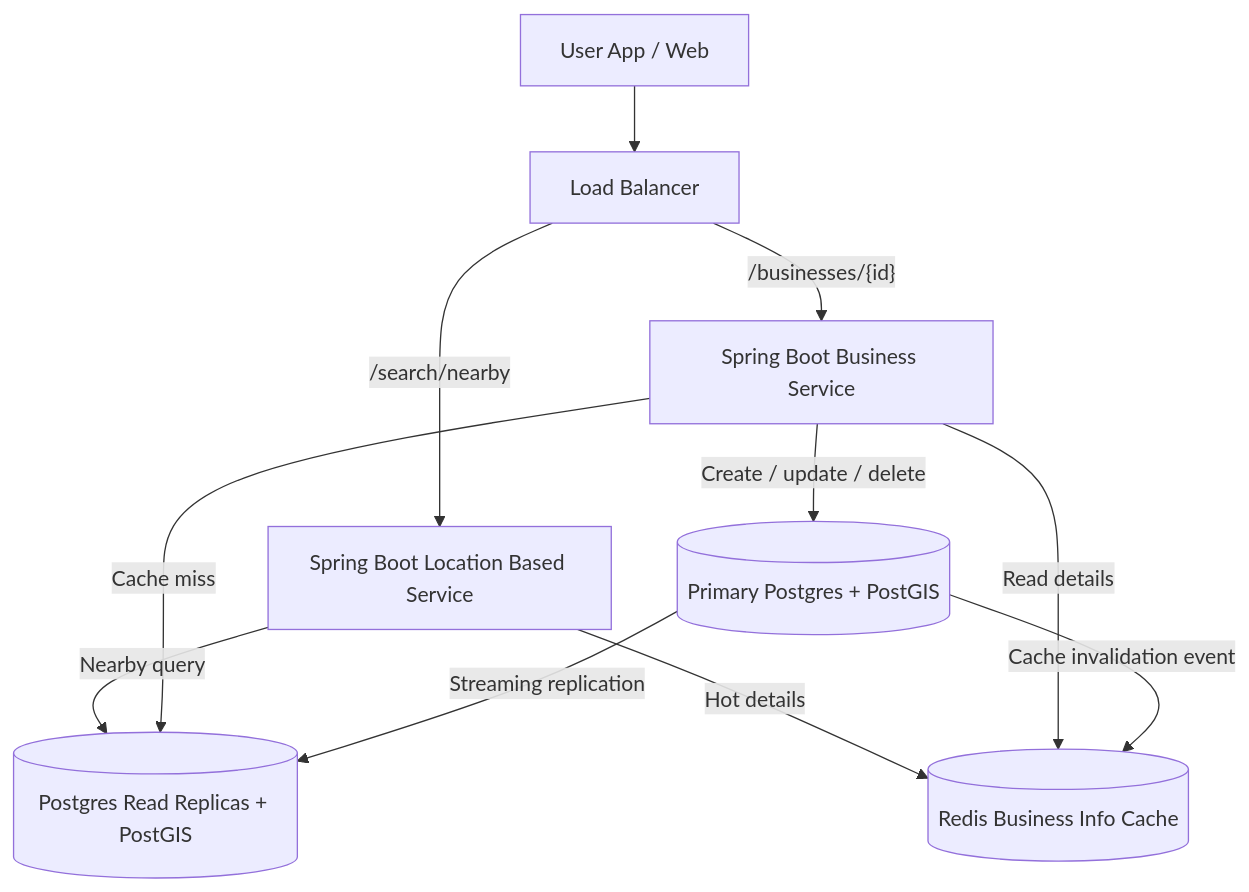
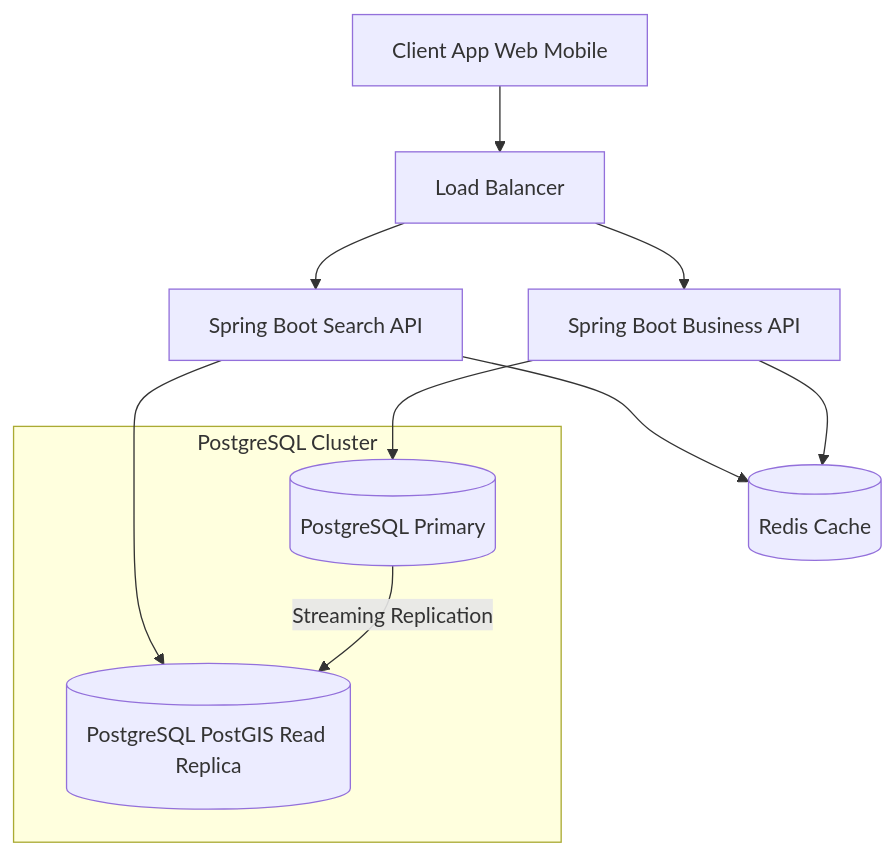
One commit to mthaiseer/springcloud-systemdesign-notes changed the fourth of 18 diagrams in HLD_NOTES/004_INTERVIEW_PROBLEMS/013_proximity_service_visual_notes.md. Above: the diagram before and after it, drawn with Mermaid. The commit also changed other lines of this file and 1 other file, not shown here.

````diff
--- a/HLD_NOTES/004_INTERVIEW_PROBLEMS/013_proximity_service_visual_notes.md
+++ b/HLD_NOTES/004_INTERVIEW_PROBLEMS/013_proximity_service_visual_notes.md
@@ -140,17 +111,20 @@
 ```mermaid
 flowchart TB
-    U[User App / Web] --> LB[Load Balancer]
+    Client[Client App Web Mobile] --> LB[Load Balancer]
 
-    LB -->|/search/nearby| LBS[Spring Boot Location Based Service]
-    LB -->|"/businesses/{id}"| BS[Spring Boot Business Service]
+    LB --> SearchAPI[Spring Boot Search API]
+    LB --> BusinessAPI[Spring Boot Business API]
 
-    LBS -->|Nearby query| PGRO[(Postgres Read Replicas + PostGIS)]
-    LBS -->|Hot details| BCache[(Redis Business Info Cache)]
+    SearchAPI --> Redis[(Redis Cache)]
+    SearchAPI --> ReadDB[(PostgreSQL PostGIS Read Replica)]
 
-    BS -->|Read details| BCache
-    BS -->|Cache miss| PGRO
-    BS -->|Create / update / delete| PGP[(Primary Postgres + PostGIS)]
+    BusinessAPI --> PrimaryDB[(PostgreSQL Primary)]
+    BusinessAPI --> Redis
 
-    PGP -->|Streaming replication| PGRO
-    PGP -->|Cache invalidation event| BCache
+    PrimaryDB -->|Streaming Replication| ReadDB
+
+    subgraph DBCluster[PostgreSQL Cluster]
+        PrimaryDB
+        ReadDB
+    end
 ```
````
